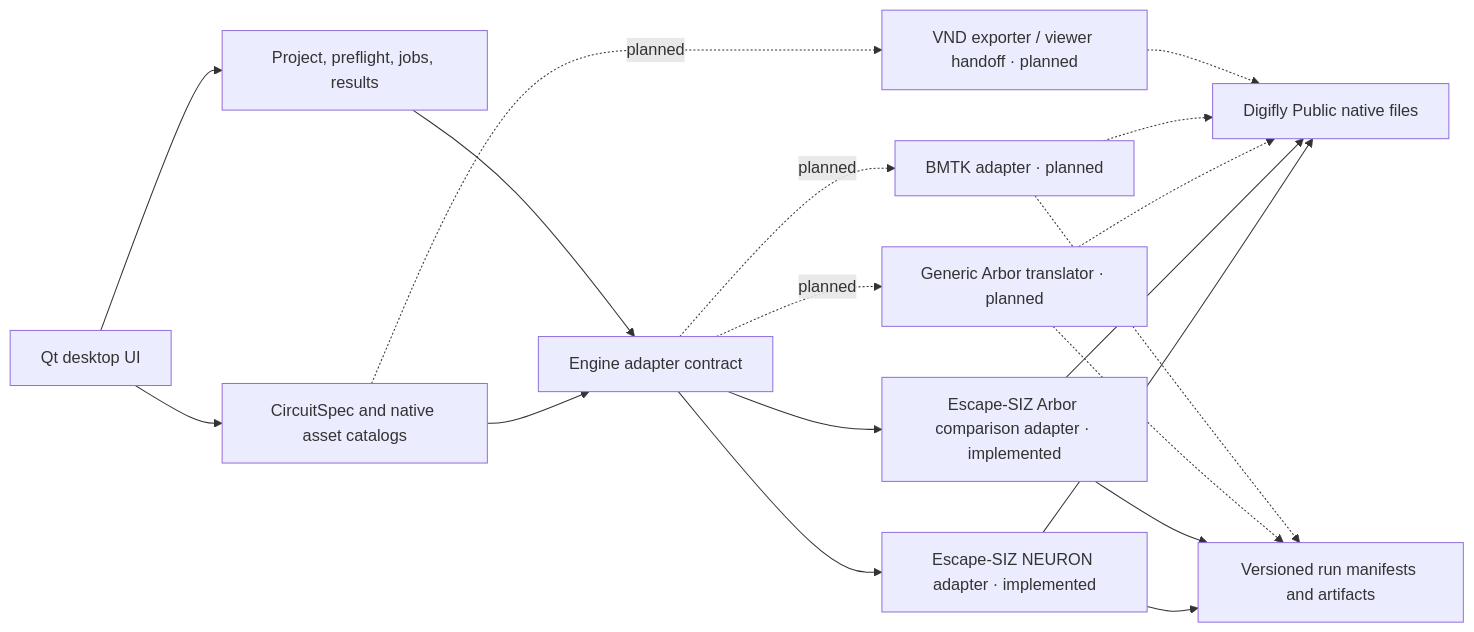
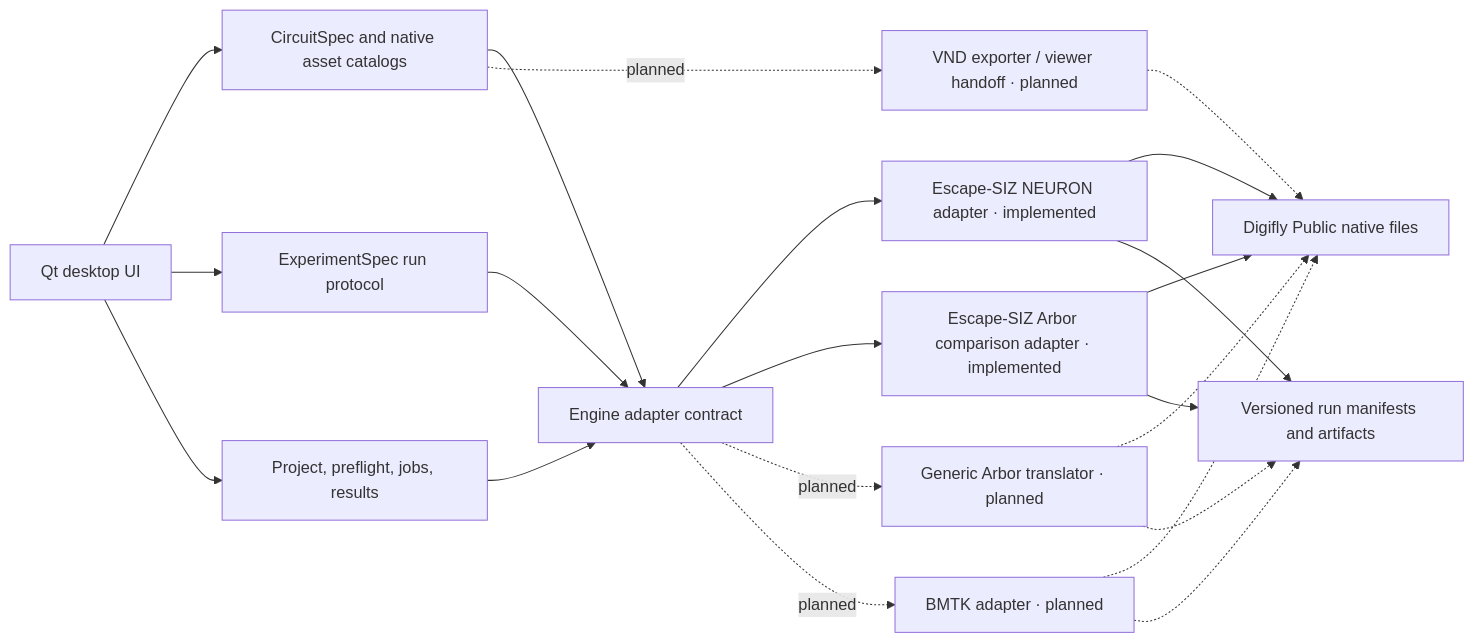
One commit to Saint-Sam/Digifly-Application changed the diagram in docs/ARCHITECTURE.md. Above: the diagram before and after it, drawn with Mermaid. The commit also changed other lines of this file and 8 other files, not shown here.

````diff
--- a/docs/ARCHITECTURE.md
+++ b/docs/ARCHITECTURE.md
@@ -18,21 +18,23 @@
 ```mermaid
 flowchart LR
     UI[Qt desktop UI] --> DESIGN[CircuitSpec and native asset catalogs]
+    UI --> EXPERIMENT[ExperimentSpec run protocol]
     UI --> CORE[Project, preflight, jobs, results]
     DESIGN --> CONTRACT
+    EXPERIMENT --> CONTRACT
     CORE --> CONTRACT[Engine adapter contract]
     CONTRACT --> N[Escape-SIZ NEURON adapter · implemented]
     CONTRACT --> A[Escape-SIZ Arbor comparison adapter · implemented]
     CONTRACT -. planned .-> GA[Generic Arbor translator · planned]
     CONTRACT -. planned .-> B[BMTK adapter · planned]
     DESIGN -. planned .-> V[VND exporter / viewer handoff · planned]
     N --> DP[Digifly Public native files]
     A --> DP
     GA -.-> DP
     B -.-> DP
     V -.-> DP
     N --> RUNS[Versioned run manifests and artifacts]
     A --> RUNS
     GA -.-> RUNS
     B -.-> RUNS
 ```
````
